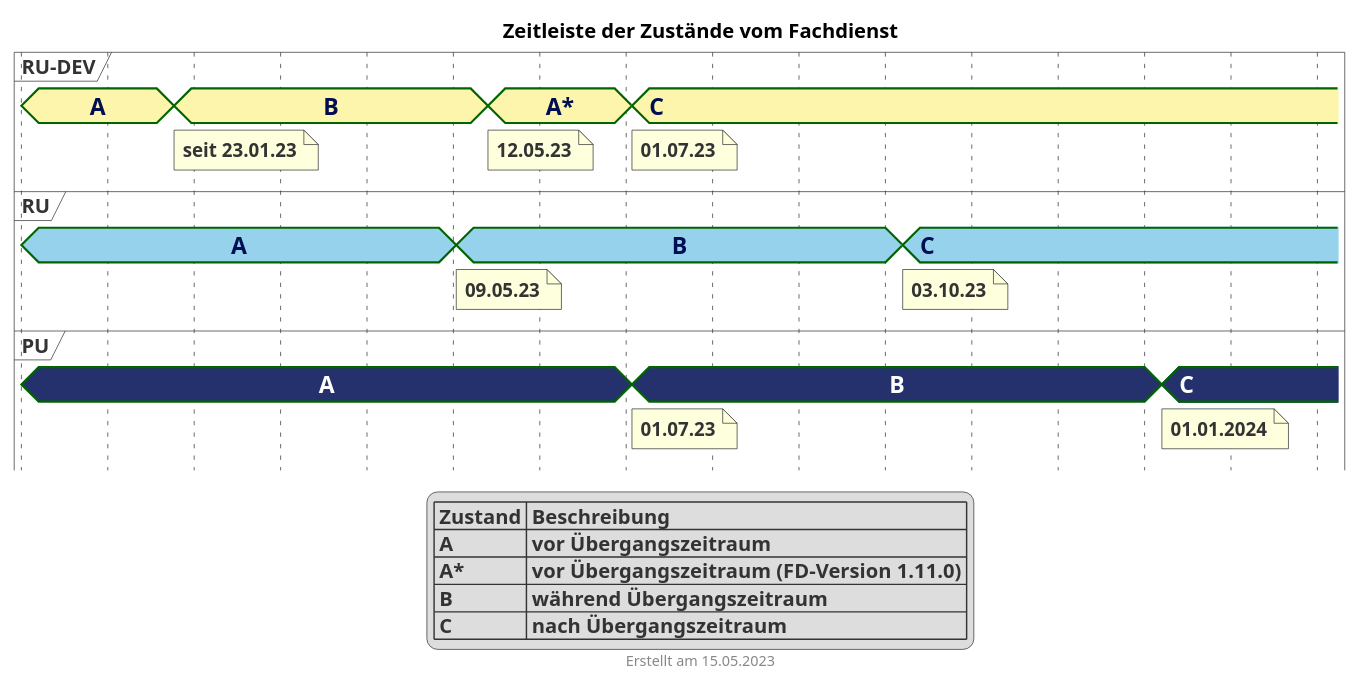
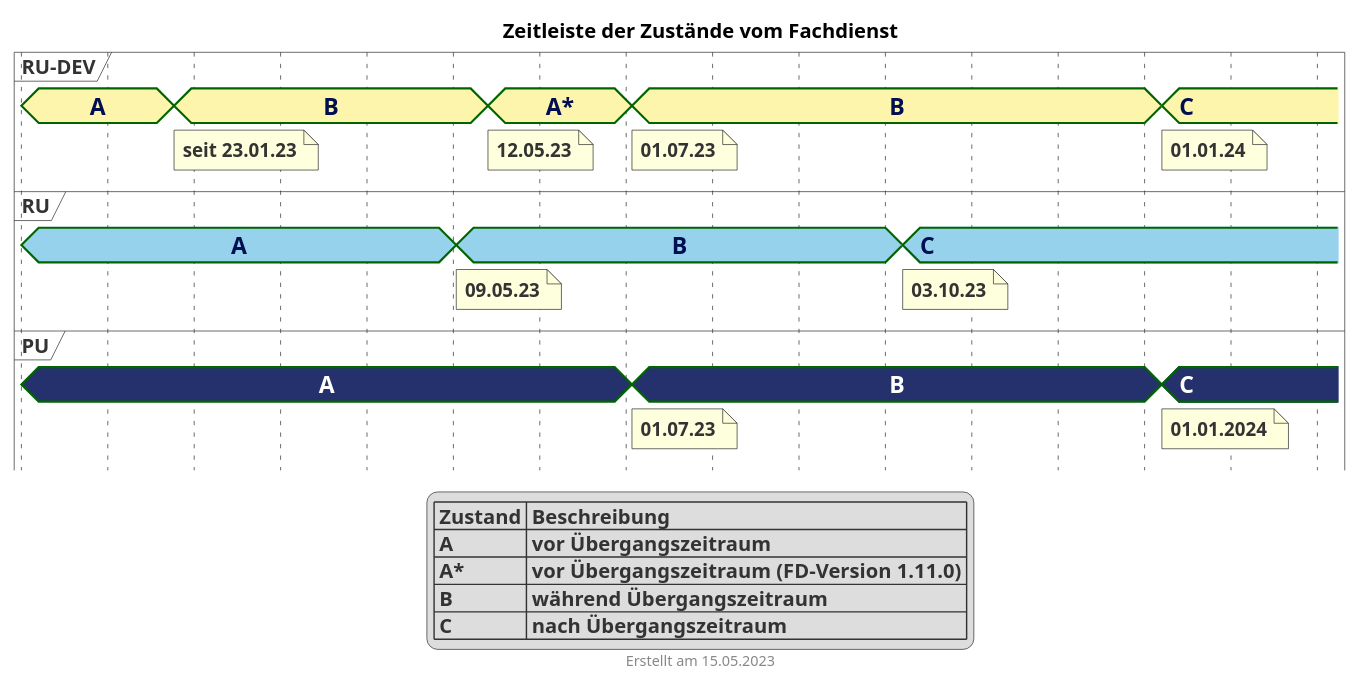
One commit to gematik/api-erp changed the diagram in puml/fd_zustaende_timeline.puml. Above: the diagram before and after it, drawn with PlantUML. The commit also changed 1 other file, not shown here.

```diff
--- a/puml/fd_zustaende_timeline.puml
+++ b/puml/fd_zustaende_timeline.puml
@@ -1,83 +1,85 @@
 @startuml fhir_version_timeline
 <style>
 root {
     Margin 0 0 0 30
 }
 
 timingDiagram {
   .rudevcolor {
     FontColor #000e52
     Fontsize 16
     FontStyle bold
     Backgroundcolor #FEF5AC
   }
   .rucolor {
     FontColor #000e52
     Fontsize 16
     FontStyle bold
     Backgroundcolor #97D2EC
   }
   .pucolor {
     FontColor #ffffff
     Fontsize 16
     FontStyle bold
     BackgroundColor #25316D
   }
 }
 </style>
 title Zeitleiste der Zustände vom Fachdienst
 footer Erstellt am 15.05.2023
 
 concise "RU-DEV" as RUDEV <<rudevcolor>>
 concise "RU" as RU <<rucolor>>
 concise "PU" as PU <<pucolor>>
 
 
 '30 days is scaled to 50 pixels
 scale 2592000 as 60 pixels
 hide time-axis
 'manual time-axis
 'use date format "dd.MM.yyyy"
 
 @2022/12/01
 RUDEV is "A"
 RU is "A"
 PU is "A"
 
 @2023/01/23
 RUDEV is "B"
 note bottom of RUDEV : seit 23.01.23
 
 @2023/05/01
 RU is "B"
 note bottom of RU : 09.05.23
 
 @2023/05/12
 RUDEV is "A*"
 note bottom of RUDEV : 12.05.23
 
 @2023/07/01
 PU is "B"
 note bottom of PU : 01.07.23
-RUDEV is "C"
+RUDEV is "B"
 note bottom of RUDEV : 01.07.23
 
 @2023/10/03
 RU is "C"
 note bottom of RU : 03.10.23
 
 
 @2024/01/01
 PU is "C"
 note bottom of PU : 01.01.2024
+RUDEV is "C"
+note bottom of RUDEV : 01.01.24
 
 @2024/02/01
 
 legend
   | Zustand | Beschreibung |
   | A | vor Übergangszeitraum |
   | A* | vor Übergangszeitraum (FD-Version 1.11.0) |
   | B | während Übergangszeitraum |
   | C | nach Übergangszeitraum |
 endlegend
 @enduml
```
